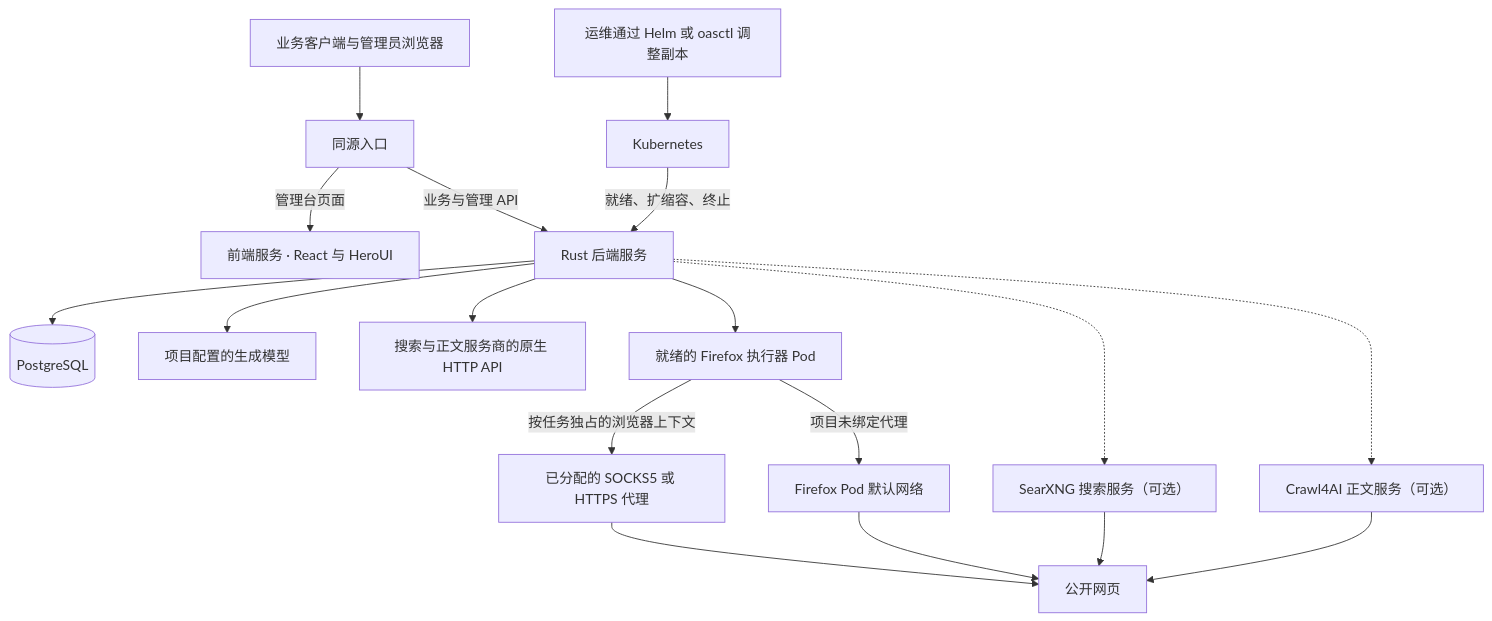
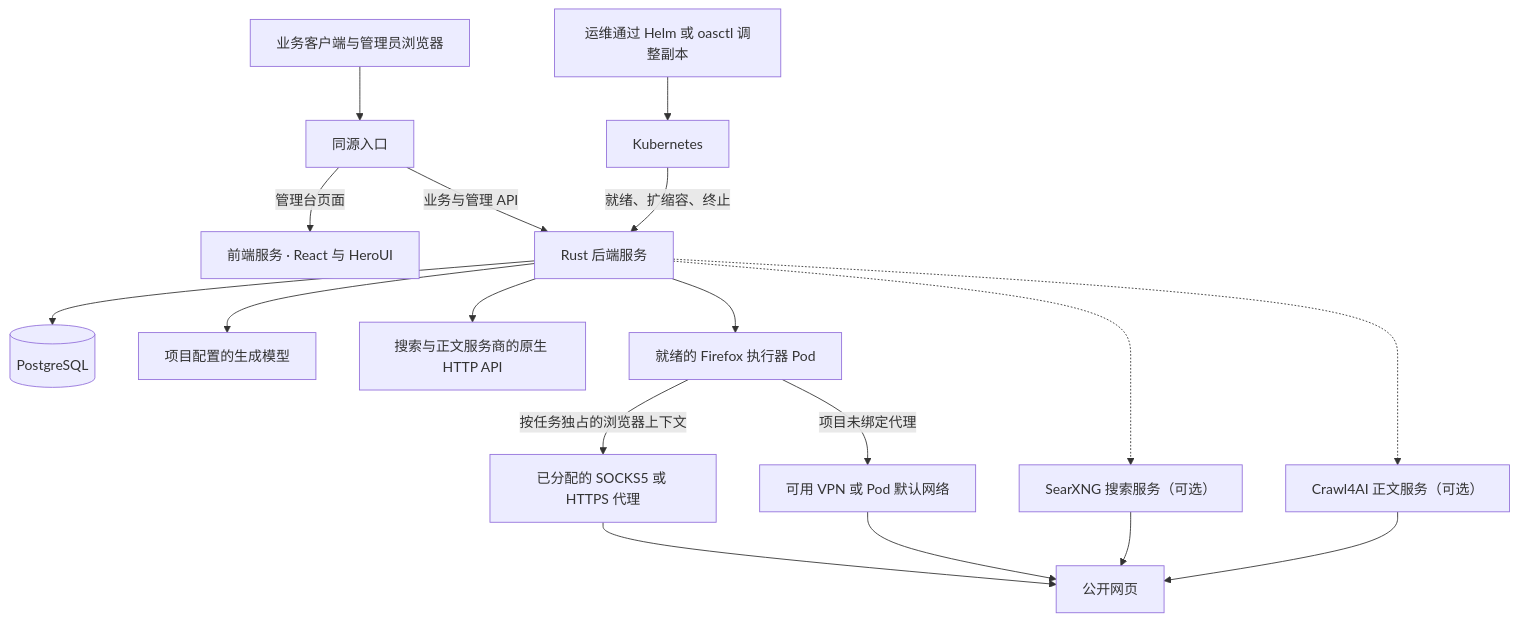
Before and after one commit to Minecodex/OpenAgentSearch: the first of 4 diagrams in docs/plan1/01-system.md, drawn with Mermaid. The commit also changed other lines of this file and 276 other files, not shown here.

````diff
--- a/docs/plan1/01-system.md
+++ b/docs/plan1/01-system.md
@@ -9,20 +9,20 @@
 ```mermaid
 flowchart TD
     Client["业务客户端与管理员浏览器"] --> Entry["同源入口"]
     Entry -->|管理台页面| UI["前端服务 · React 与 HeroUI"]
     Entry -->|业务与管理 API| API["Rust 后端服务"]
     API --> DB[(PostgreSQL)]
     API -.-> Search["SearXNG 搜索服务（可选）"]
     API -.-> Read["Crawl4AI 正文服务（可选）"]
     API --> Model["项目配置的生成模型"]
     API --> External["搜索与正文服务商的原生 HTTP API"]
     API --> Jobs["就绪的 Firefox 执行器 Pod"]
     Ops["运维通过 Helm 或 oasctl 调整副本"] --> K8s["Kubernetes"]
     K8s -->|就绪、扩缩容、终止| API
     Jobs -->|按任务独占的浏览器上下文| Exit["已分配的 SOCKS5 或 HTTPS 代理"]
-    Jobs -->|项目未绑定代理| Direct["Firefox Pod 默认网络"]
+    Jobs -->|项目未绑定代理| Direct["可用 VPN 或 Pod 默认网络"]
     Exit --> Web["公开网页"]
     Direct --> Web
     Search --> Web
     Read --> Web
 ```
````
